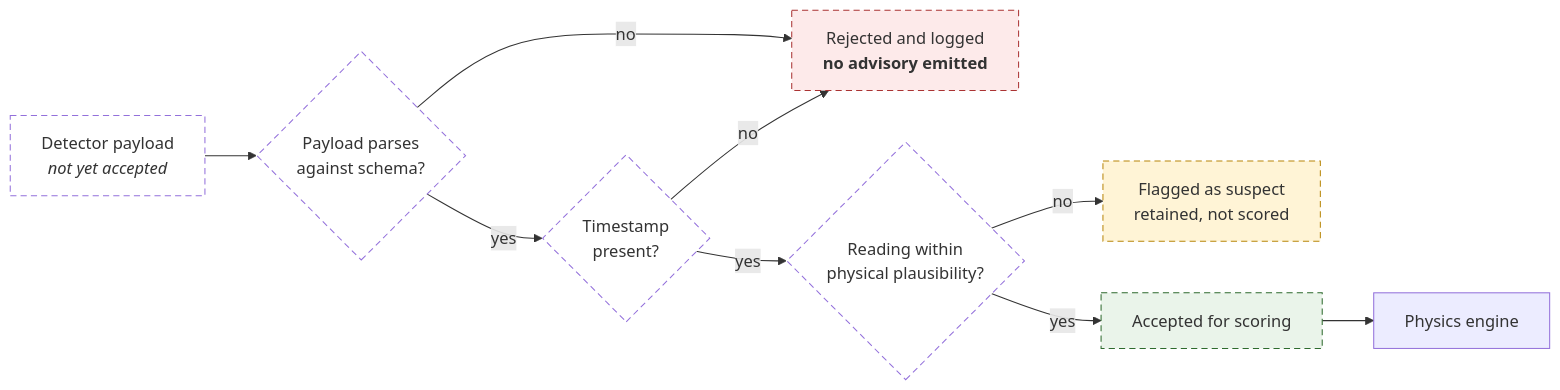
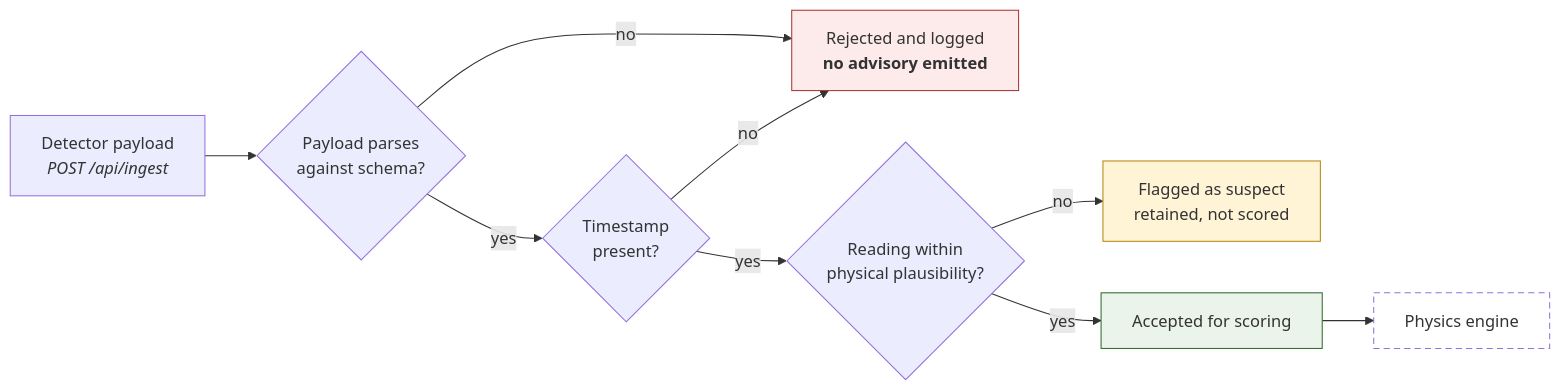
Before and after one commit to kaanju19-lang/AxiomDynamics: the second of 7 diagrams in client-assets/MASTER-BRIEF-DOCKET/B02-FLOW-MAP.md, drawn with Mermaid. The commit also changed other lines of this file and 8 other files, not shown here.

````diff
--- a/client-assets/MASTER-BRIEF-DOCKET/B02-FLOW-MAP.md
+++ b/client-assets/MASTER-BRIEF-DOCKET/B02-FLOW-MAP.md
@@ -62,19 +62,16 @@
 ```mermaid
 flowchart LR
-    A["Detector payload<br/><i>not yet accepted</i>"] --> B{"Payload parses<br/>against schema?"}
+    A["Detector payload<br/><i>POST /api/ingest</i>"] --> B{"Payload parses<br/>against schema?"}
     B -->|no| C["Rejected and logged<br/><b>no advisory emitted</b>"]
     B -->|yes| D{"Timestamp<br/>present?"}
     D -->|no| C
     D -->|yes| E{"Reading within<br/>physical plausibility?"}
     E -->|no| F["Flagged as suspect<br/>retained, not scored"]
     E -->|yes| G["Accepted for scoring"]
     G --> H["Physics engine"]
 
-    style A stroke-dasharray: 6 4,fill:#fff
-    style B stroke-dasharray: 6 4,fill:#fff
-    style D stroke-dasharray: 6 4,fill:#fff
-    style E stroke-dasharray: 6 4,fill:#fff
-    style C fill:#fdeaea,stroke:#a33,stroke-dasharray: 6 4
-    style F fill:#fff4d6,stroke:#b8860b,stroke-dasharray: 6 4
-    style G fill:#eaf4ea,stroke:#2d6a2d,stroke-dasharray: 6 4
+    style C fill:#fdeaea,stroke:#a33
+    style F fill:#fff4d6,stroke:#b8860b
+    style G fill:#eaf4ea,stroke:#2d6a2d
+    style H stroke-dasharray: 6 4,fill:#fff
 ```
````
